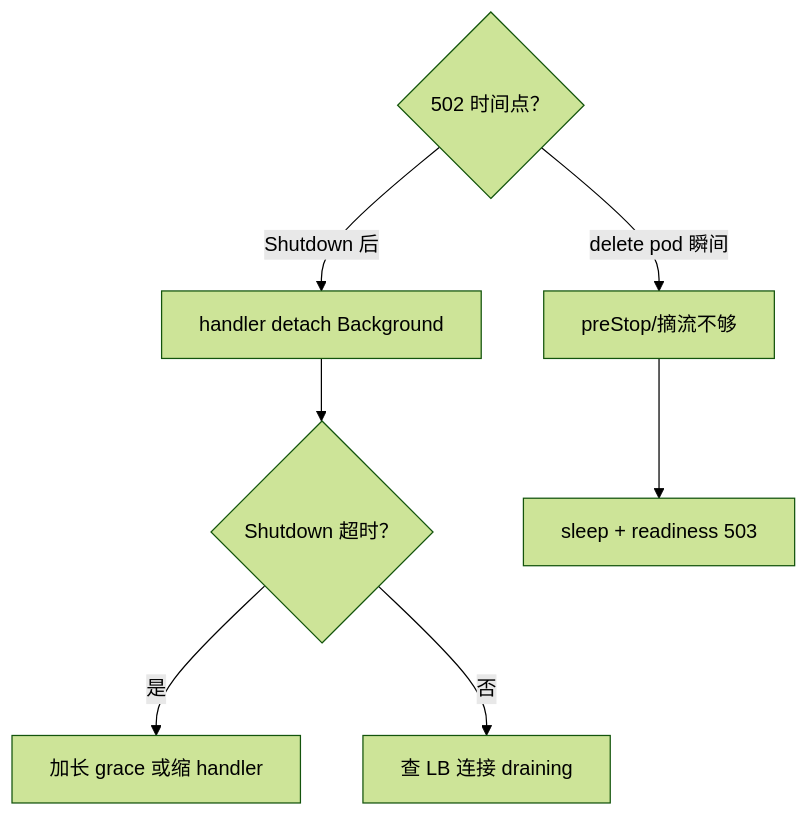
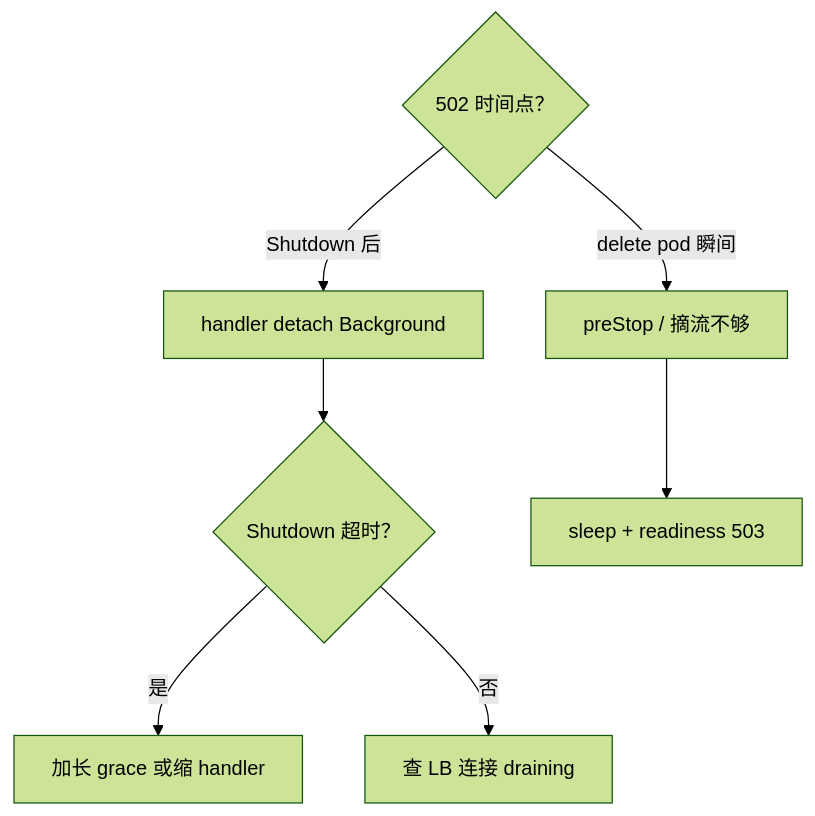
One commit to ml-cuizijun/LearnToLilith changed the third of 3 diagrams in 05-开发能力/03-Go/10-HTTP-Server与优雅退出/知识点.md. Above: the diagram before and after it, drawn with Mermaid (forest theme). The commit also changed other lines of this file and 178 other files, not shown here.

````diff
--- a/05-开发能力/03-Go/10-HTTP-Server与优雅退出/知识点.md
+++ b/05-开发能力/03-Go/10-HTTP-Server与优雅退出/知识点.md
@@ -381,9 +594,9 @@
 ```mermaid
 flowchart TB
-    Q1{"502 时间点？"} -->|delete pod 瞬间| A1["preStop/摘流不够"]
-    Q1 -->|Shutdown 后| A2["handler  detach Background"]
+    Q1{"502 时间点？"} -->|delete pod 瞬间| A1["preStop / 摘流不够"]
+    Q1 -->|Shutdown 后| A2["handler detach Background"]
     A2 --> Q2{"Shutdown 超时？"}
     Q2 -->|是| A3["加长 grace 或缩 handler"]
     Q2 -->|否| A4["查 LB 连接 draining"]
     A1 --> A5["sleep + readiness 503"]
 ```
````
